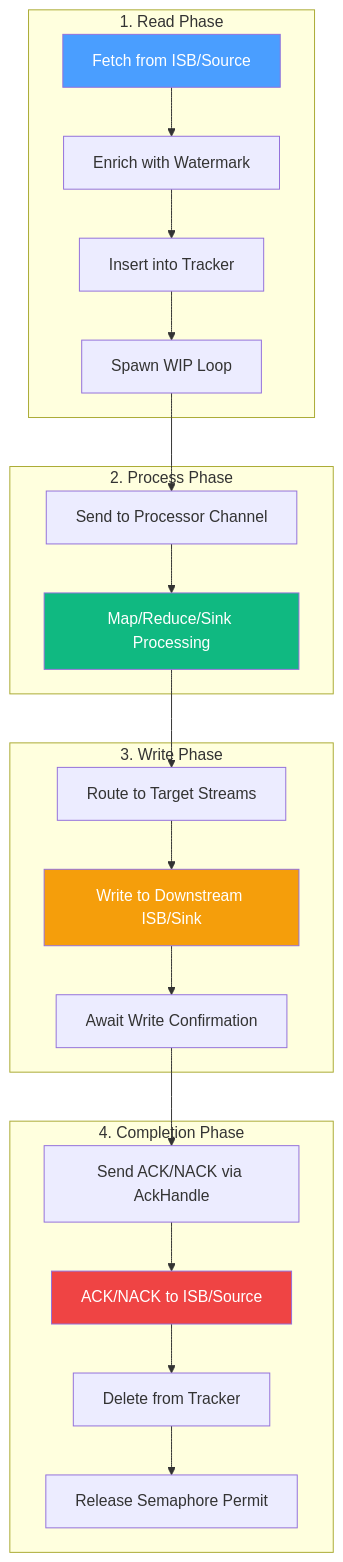
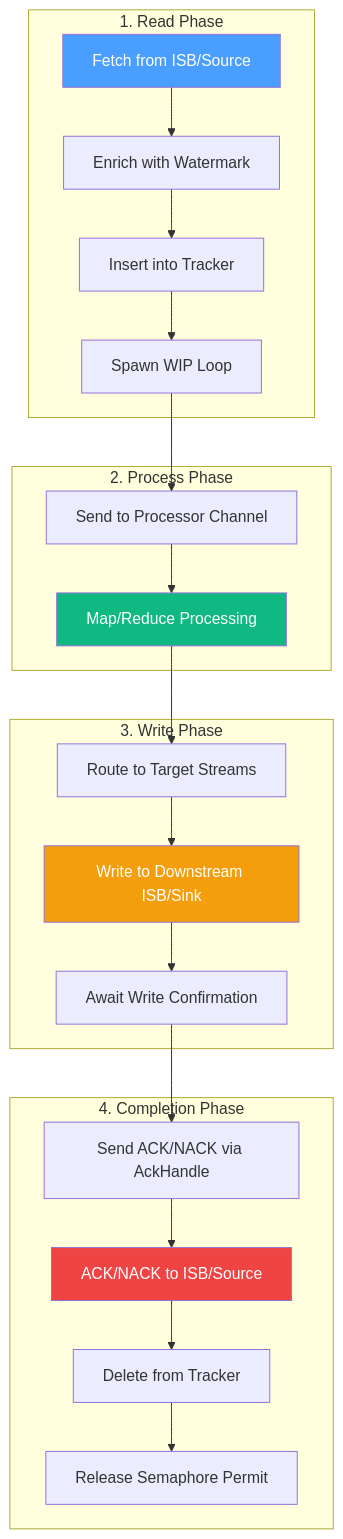
Before and after one commit to numaproj/numaflow: the third of 8 diagrams in docs/core-concepts/streaming.md, drawn with Mermaid. The commit also changed other lines of this file, not shown here.

Commit message:
chore: minor review comments

````diff
--- a/docs/core-concepts/streaming.md
+++ b/docs/core-concepts/streaming.md
@@ -119,31 +119,31 @@
 ```mermaid
 flowchart TB
     subgraph "1. Read Phase"
         A[Fetch from ISB/Source] --> B[Enrich with Watermark]
         B --> C[Insert into Tracker]
         C --> D[Spawn WIP Loop]
     end
     
     subgraph "2. Process Phase"
         D --> E[Send to Processor Channel]
-        E --> F[Map/Reduce/Sink Processing]
+        E --> F[Map/Reduce Processing]
     end
     
     subgraph "3. Write Phase"
         F --> G[Route to Target Streams]
         G --> H[Write to Downstream ISB/Sink]
         H --> I[Await Write Confirmation]
     end
     
     subgraph "4. Completion Phase"
         I --> J[Send ACK/NACK via AckHandle]
         J --> K[ACK/NACK to ISB/Source]
         K --> L[Delete from Tracker]
         L --> M[Release Semaphore Permit]
     end
     
     style A fill:#4a9eff,color:#fff
     style F fill:#10b981,color:#fff
     style H fill:#f59e0b,color:#fff
     style K fill:#ef4444,color:#fff
 ```
````
